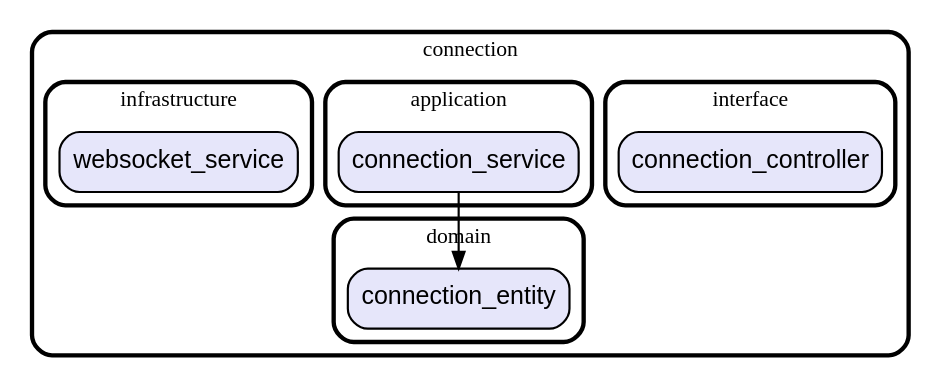
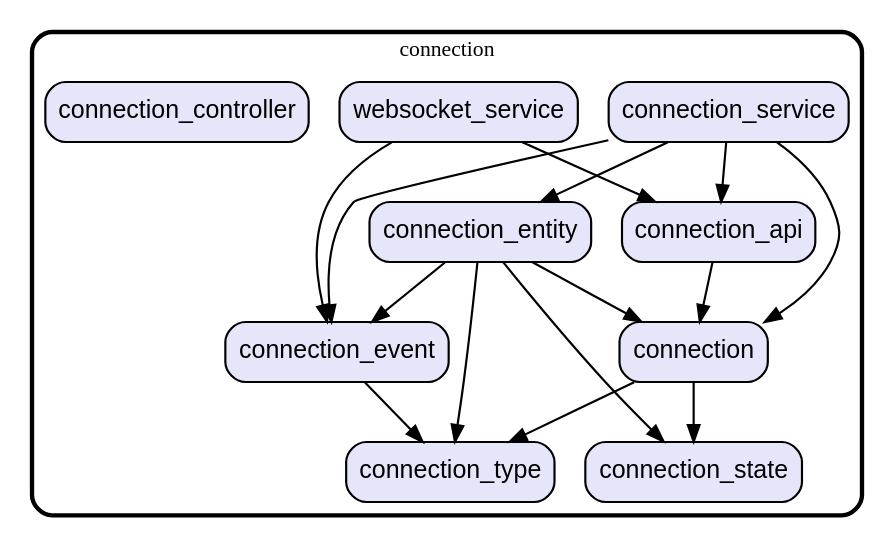
The diagram in graph/lib/features/connection.dot (gev/reacthome-mobile), drawn with Graphviz before and after one commit. The commit also changed 222 other files, not shown here.

```diff
--- a/graph/lib/features/connection.dot
+++ b/graph/lib/features/connection.dot
@@ -1,29 +1,40 @@
 digraph "" {
   graph [style=rounded fontname="Arial Black" fontsize=13 penwidth=2.6];
   node [shape=rect style="filled,rounded" fontname=Arial fontsize=15 fillcolor=Lavender penwidth=1.3];
   edge [penwidth=1.3];
-  "/interface/connection_controller.dart" [label="connection_controller"];
-  "/application/connection_service.dart" [label="connection_service"];
-  "/infrastructure/websocket_service.dart" [label="websocket_service"];
-  "/domain/connection_entity.dart" [label="connection_entity"];
+  "/websocket_service.dart" [label="websocket_service"];
+  "/connection_entity.dart" [label="connection_entity"];
+  "/connection_service.dart" [label="connection_service"];
+  "/connection_type.dart" [label="connection_type"];
+  "/connection.dart" [label="connection"];
+  "/connection_state.dart" [label="connection_state"];
+  "/connection_controller.dart" [label="connection_controller"];
+  "/connection_event.dart" [label="connection_event"];
+  "/connection_api.dart" [label="connection_api"];
   subgraph "cluster~" {
     label="connection";
-    subgraph "cluster~/interface" {
-      label="interface";
-      "/interface/connection_controller.dart";
-    }
-    subgraph "cluster~/application" {
-      label="application";
-      "/application/connection_service.dart";
-    }
-    subgraph "cluster~/infrastructure" {
-      label="infrastructure";
-      "/infrastructure/websocket_service.dart";
-    }
-    subgraph "cluster~/domain" {
-      label="domain";
-      "/domain/connection_entity.dart";
-    }
+    "/websocket_service.dart";
+    "/connection_entity.dart";
+    "/connection_service.dart";
+    "/connection_type.dart";
+    "/connection.dart";
+    "/connection_state.dart";
+    "/connection_controller.dart";
+    "/connection_event.dart";
+    "/connection_api.dart";
   }
-  "/application/connection_service.dart" -> "/domain/connection_entity.dart";
+  "/websocket_service.dart" -> "/connection_api.dart";
+  "/websocket_service.dart" -> "/connection_event.dart";
+  "/connection_entity.dart" -> "/connection.dart";
+  "/connection_entity.dart" -> "/connection_event.dart";
+  "/connection_entity.dart" -> "/connection_state.dart";
+  "/connection_entity.dart" -> "/connection_type.dart";
+  "/connection_service.dart" -> "/connection.dart";
+  "/connection_service.dart" -> "/connection_api.dart";
+  "/connection_service.dart" -> "/connection_entity.dart";
+  "/connection_service.dart" -> "/connection_event.dart";
+  "/connection.dart" -> "/connection_state.dart";
+  "/connection.dart" -> "/connection_type.dart";
+  "/connection_event.dart" -> "/connection_type.dart";
+  "/connection_api.dart" -> "/connection.dart";
 }
```
